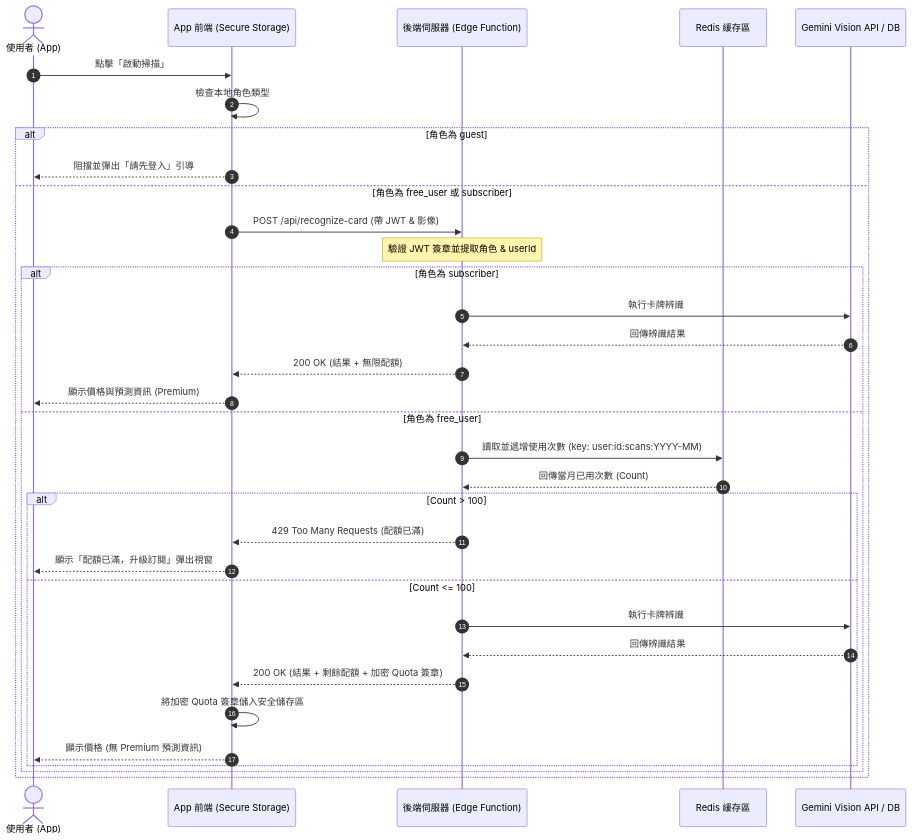
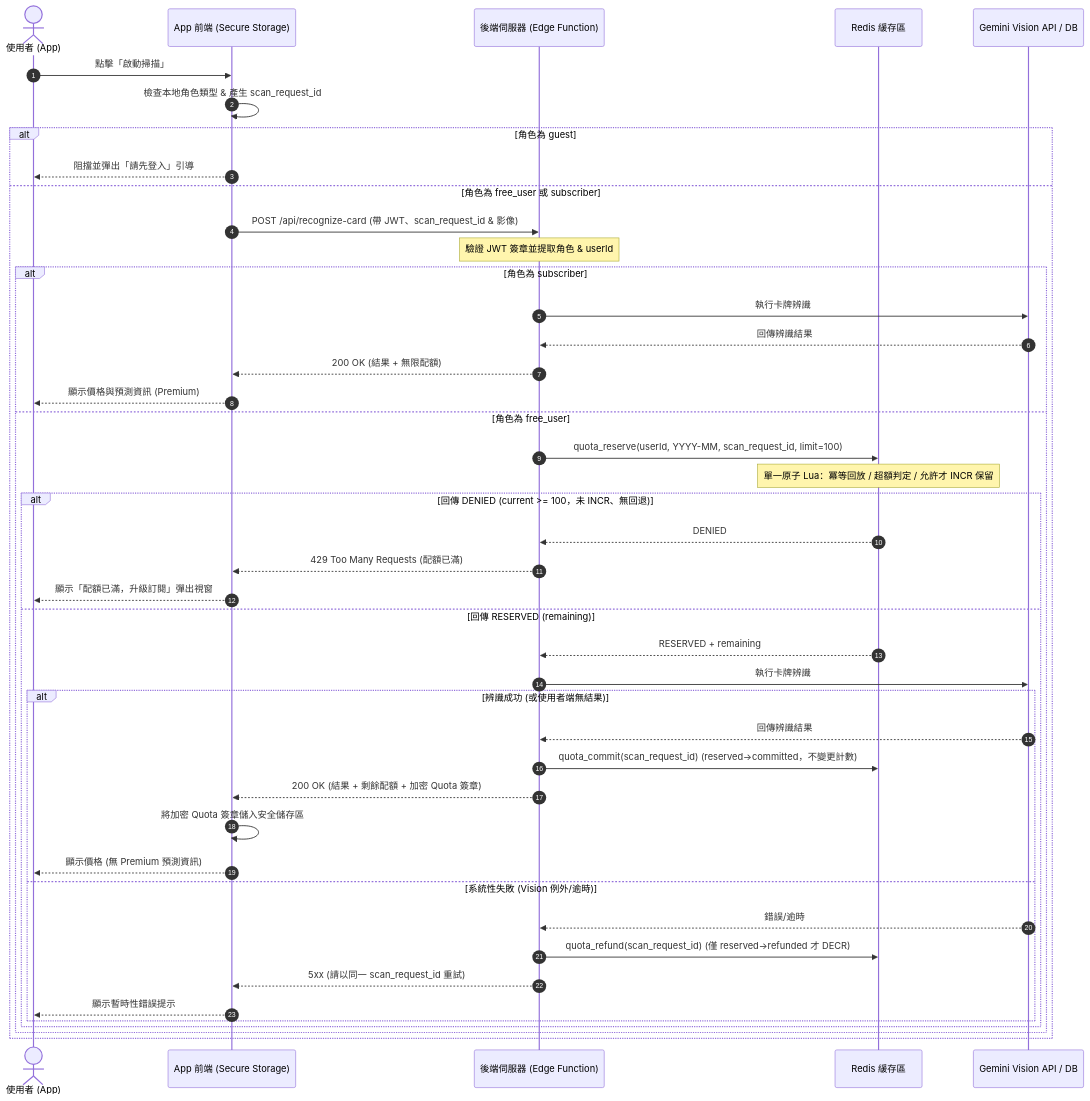
Before and after one commit to dicoge/hunterCard: the second of 2 diagrams in docs/plans/2026-07-27-guest-free-subscriber-permission-design.md, drawn with Mermaid. The commit also changed other lines of this file, not shown here.

First line of the commit message:
docs(plans): unify quota into one atomic reserve contract (DIC-940 re-QA, DIC-659)

````diff
--- a/docs/plans/2026-07-27-guest-free-subscriber-permission-design.md
+++ b/docs/plans/2026-07-27-guest-free-subscriber-permission-design.md
@@ -38,37 +38,47 @@
 ```mermaid
 sequenceDiagram
     autonumber
     actor User as 使用者 (App)
     participant Client as App 前端 (Secure Storage)
     participant Server as 後端伺服器 (Edge Function)
     participant Cache as Redis 緩存區
     participant Vision as Gemini Vision API / DB
 
     User->>Client: 點擊「啟動掃描」
-    Client->>Client: 檢查本地角色類型
+    Client->>Client: 檢查本地角色類型 & 產生 scan_request_id
     alt 角色為 guest
         Client-->>User: 阻擋並彈出「請先登入」引導
     else 角色為 free_user 或 subscriber
-        Client->>Server: POST /api/recognize-card (帶 JWT & 影像)
+        Client->>Server: POST /api/recognize-card (帶 JWT、scan_request_id & 影像)
         Note over Server: 驗證 JWT 簽章並提取角色 & userId
         alt 角色為 subscriber
             Server->>Vision: 執行卡牌辨識
             Vision-->>Server: 回傳辨識結果
             Server-->>Client: 200 OK (結果 + 無限配額)
             Client-->>User: 顯示價格與預測資訊 (Premium)
         else 角色為 free_user
-            Server->>Cache: 讀取並遞增使用次數 (key: user:id:scans:YYYY-MM)
-            Cache-->>Server: 回傳當月已用次數 (Count)
-            alt Count > 100
+            Server->>Cache: quota_reserve(userId, YYYY-MM, scan_request_id, limit=100)
+            Note over Cache: 單一原子 Lua：冪等回放 / 超額判定 / 允許才 INCR 保留
+            alt 回傳 DENIED (current >= 100，未 INCR、無回退)
+                Cache-->>Server: DENIED
                 Server-->>Client: 429 Too Many Requests (配額已滿)
                 Client-->>User: 顯示「配額已滿，升級訂閱」彈出視窗
-            else Count <= 100
+            else 回傳 RESERVED (remaining)
+                Cache-->>Server: RESERVED + remaining
                 Server->>Vision: 執行卡牌辨識
-                Vision-->>Server: 回傳辨識結果
-                Server-->>Client: 200 OK (結果 + 剩餘配額 + 加密 Quota 簽章)
-                Client->>Client: 將加密 Quota 簽章儲入安全儲存區
-                Client-->>User: 顯示價格 (無 Premium 預測資訊)
+                alt 辨識成功 (或使用者端無結果)
+                    Vision-->>Server: 回傳辨識結果
+                    Server->>Cache: quota_commit(scan_request_id) (reserved→committed，不變更計數)
+                    Server-->>Client: 200 OK (結果 + 剩餘配額 + 加密 Quota 簽章)
+                    Client->>Client: 將加密 Quota 簽章儲入安全儲存區
+                    Client-->>User: 顯示價格 (無 Premium 預測資訊)
+                else 系統性失敗 (Vision 例外/逾時)
+                    Vision-->>Server: 錯誤/逾時
+                    Server->>Cache: quota_refund(scan_request_id) (僅 reserved→refunded 才 DECR)
+                    Server-->>Client: 5xx (請以同一 scan_request_id 重試)
+                    Client-->>User: 顯示暫時性錯誤提示
+                end
             end
         end
     end
 ```
````
